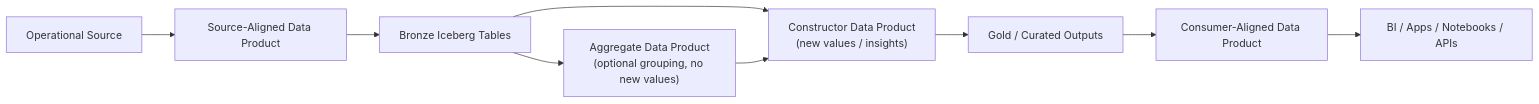
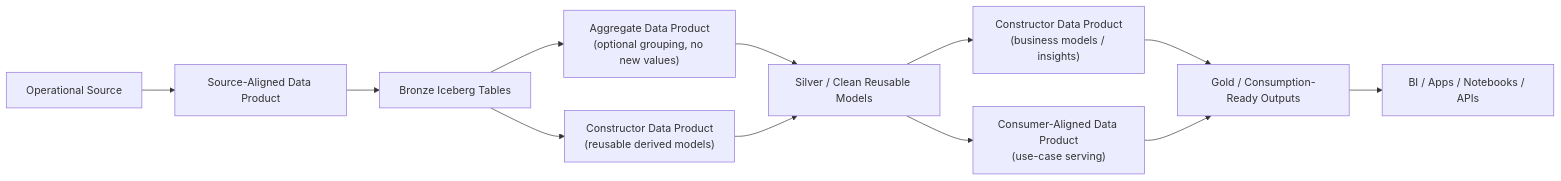
One commit to DecentraB/datahive-platform changed the first of 2 diagrams in README.md. Above: the diagram before and after it, drawn with Mermaid. The commit also changed other lines of this file and 1 other file, not shown here.

````diff
--- a/README.md
+++ b/README.md
@@ -113,11 +111,14 @@
 ```mermaid
 flowchart LR
     Source["Operational Source"] --> SourceDP["Source-Aligned Data Product"]
     SourceDP --> Bronze["Bronze Iceberg Tables"]
     Bronze --> AggregateDP["Aggregate Data Product<br/>(optional grouping, no new values)"]
-    Bronze --> ConstructorDP["Constructor Data Product<br/>(new values / insights)"]
-    AggregateDP --> ConstructorDP
-    ConstructorDP --> Gold["Gold / Curated Outputs"]
-    Gold --> ConsumerDP["Consumer-Aligned Data Product"]
-    ConsumerDP --> Consumers["BI / Apps / Notebooks / APIs"]
+    Bronze --> ConstructorSilverDP["Constructor Data Product<br/>(reusable derived models)"]
+    AggregateDP --> Silver["Silver / Clean Reusable Models"]
+    ConstructorSilverDP --> Silver
+    Silver --> ConstructorGoldDP["Constructor Data Product<br/>(business models / insights)"]
+    Silver --> ConsumerDP["Consumer-Aligned Data Product<br/>(use-case serving)"]
+    ConstructorGoldDP --> Gold["Gold / Consumption-Ready Outputs"]
+    ConsumerDP --> Gold
+    Gold --> Consumers["BI / Apps / Notebooks / APIs"]
 ```
````
